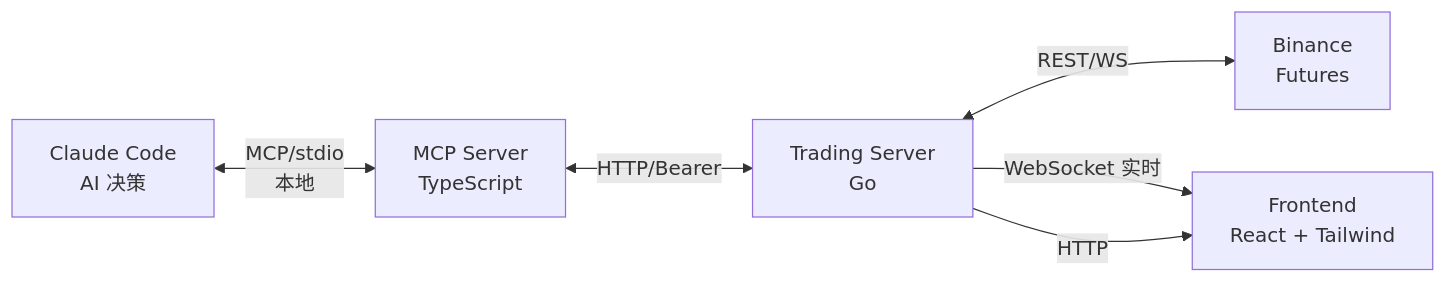
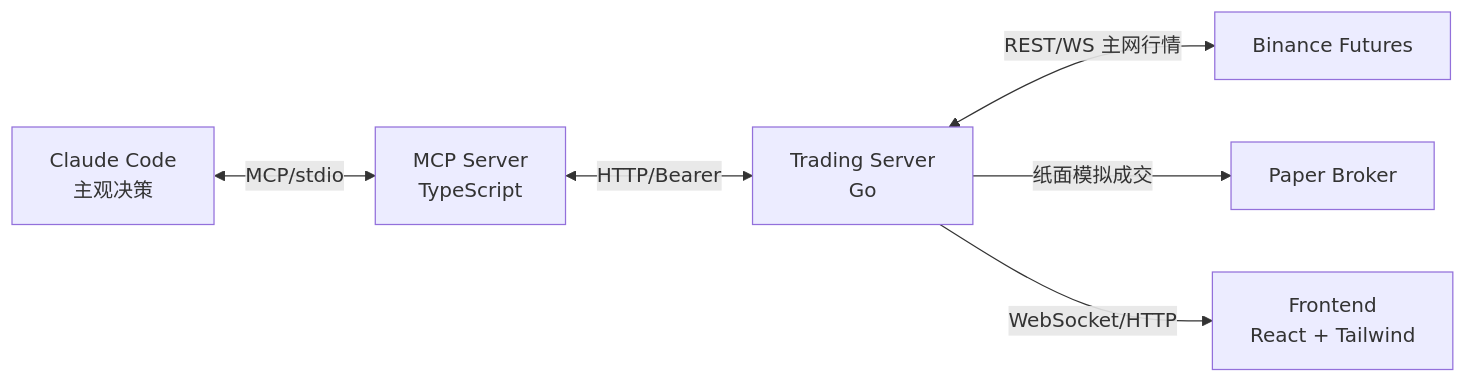
The diagram in README.md (Ye-Yu-Mo/mcp_trade), drawn with Mermaid before and after one commit. The commit also changed other lines of this file and 44 other files, not shown here.

````diff
--- a/README.md
+++ b/README.md
@@ -7,8 +9,8 @@
 ```mermaid
 flowchart LR
-    AI[Claude Code<br/>AI 决策] <-->|MCP/stdio<br/>本地| MCP[MCP Server<br/>TypeScript]
+    AI[Claude Code<br/>主观决策] <-->|MCP/stdio| MCP[MCP Server<br/>TypeScript]
     MCP <-->|HTTP/Bearer| TS[Trading Server<br/>Go]
-    TS <-->|REST/WS| BN[Binance<br/>Futures]
-    TS -->|WebSocket 实时| FE[Frontend<br/>React + Tailwind]
-    TS -->|HTTP| FE
+    TS <-->|REST/WS 主网行情| BN[Binance Futures]
+    TS -->|纸面模拟成交| PAPER[Paper Broker]
+    TS -->|WebSocket/HTTP| FE[Frontend<br/>React + Tailwind]
 ```
````
